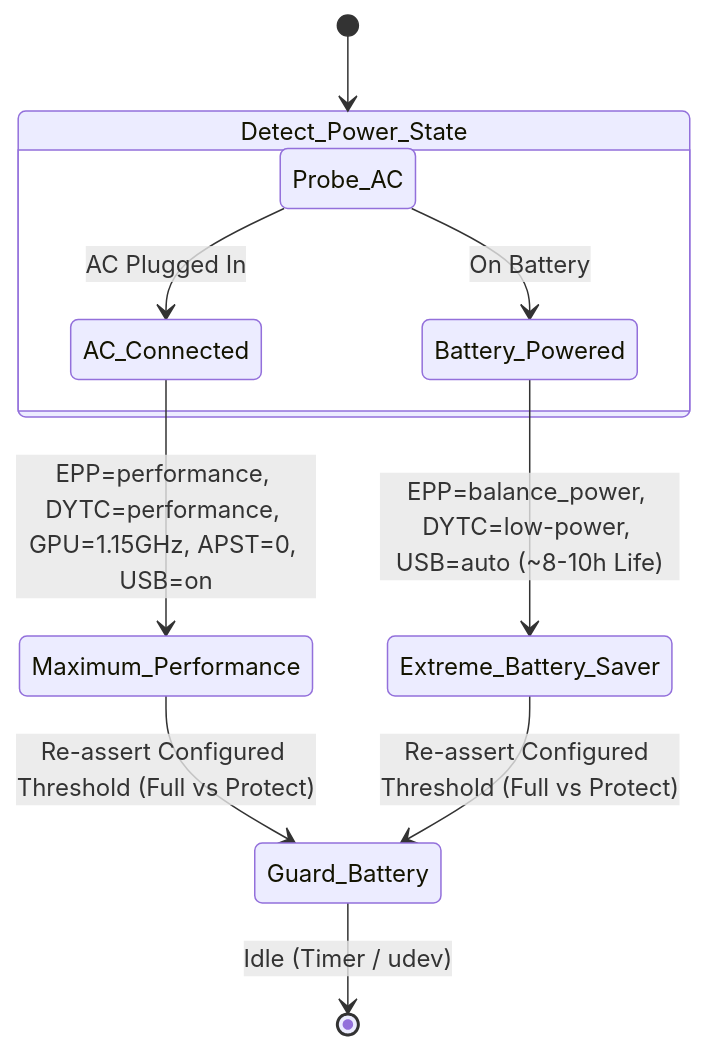
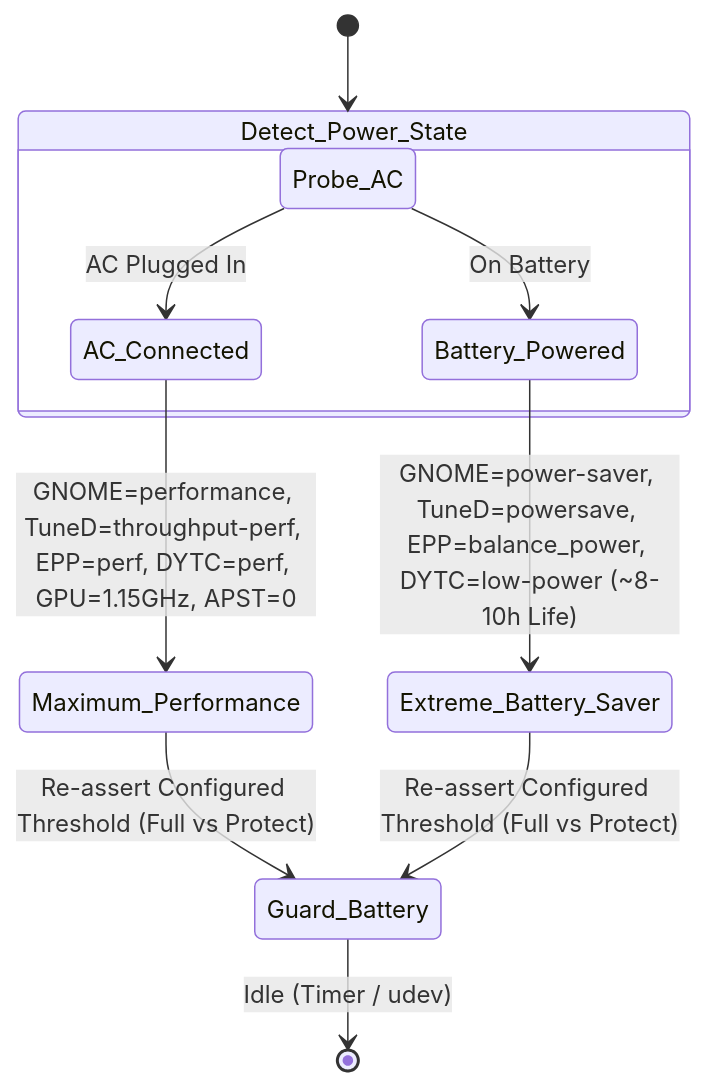
The diagram in devices/linux/lenovo-thinkpad-t490s/README.md (ShoumikBalaSomu/Device-Base-Optimization), drawn with Mermaid before and after one commit. The commit also changed 4 other files, not shown here.

Commit message:
feat(linux): synchronize GNOME Quick Settings and TuneD power profiles with AC watchdog

````diff
--- a/devices/linux/lenovo-thinkpad-t490s/README.md
+++ b/devices/linux/lenovo-thinkpad-t490s/README.md
@@ -70,14 +70,14 @@
 ```mermaid
 stateDiagram-v2
     [*] --> Detect_Power_State
     state Detect_Power_State {
         direction LR
         Probe_AC --> AC_Connected: AC Plugged In
         Probe_AC --> Battery_Powered: On Battery
     }
-    AC_Connected --> Maximum_Performance: EPP=performance, DYTC=performance, GPU=1.15GHz, APST=0, USB=on
-    Battery_Powered --> Extreme_Battery_Saver: EPP=balance_power, DYTC=low-power, USB=auto (~8-10h Life)
+    AC_Connected --> Maximum_Performance: GNOME=performance, TuneD=throughput-perf, EPP=perf, DYTC=perf, GPU=1.15GHz, APST=0
+    Battery_Powered --> Extreme_Battery_Saver: GNOME=power-saver, TuneD=powersave, EPP=balance_power, DYTC=low-power (~8-10h Life)
     Maximum_Performance --> Guard_Battery: Re-assert Configured Threshold (Full vs Protect)
     Extreme_Battery_Saver --> Guard_Battery: Re-assert Configured Threshold (Full vs Protect)
     Guard_Battery --> [*]: Idle (Timer / udev)
 ```
````
